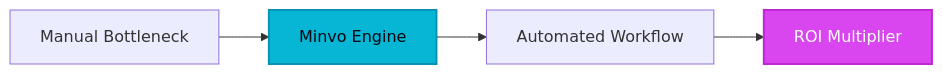
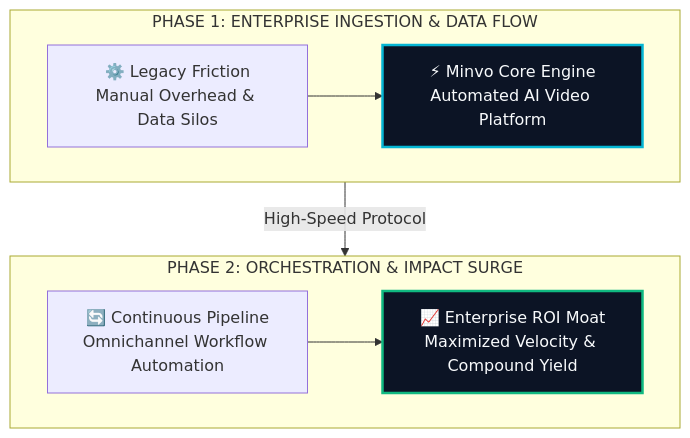
Before and after one commit to heliatech-media/saas-radar: the diagram in site/src/content/blog/minvo-evolution-guide-2026.md, drawn with Mermaid. The commit also changed 97 other files, not shown here.

First line of the commit message:
feat(diagrams): upgrade all article architecture schemas to high-impact 2-tier responsive vector blueprints

````diff
--- a/site/src/content/blog/minvo-evolution-guide-2026.md
+++ b/site/src/content/blog/minvo-evolution-guide-2026.md
@@ -64,8 +64,14 @@
 ```mermaid
-flowchart LR
-    A[Manual Bottleneck] --> B[Minvo Engine]
-    B --> C[Automated Workflow]
-    C --> D[ROI Multiplier]
-    style B fill:#06b6d4,stroke:#0891b2,stroke-width:2px,color:#030712
-    style D fill:#d946ef,stroke:#c026d3,stroke-width:2px,color:#ffffff
+flowchart TD
+    subgraph S1["PHASE 1: ENTERPRISE INGESTION & DATA FLOW"]
+        direction LR
+        A["⚙️ Legacy Friction<br/>Manual Overhead & Data Silos"] --> B["⚡ Minvo Core Engine<br/>Automated AI Video Platform"]
+    end
+    subgraph S2["PHASE 2: ORCHESTRATION & IMPACT SURGE"]
+        direction LR
+        C["🔄 Continuous Pipeline<br/>Omnichannel Workflow Automation"] --> D["📈 Enterprise ROI Moat<br/>Maximized Velocity & Compound Yield"]
+    end
+    S1 -->|High-Speed Protocol| S2
+    style B fill:#0c1425,stroke:#06b6d4,stroke-width:2.5px,color:#f8fafc
+    style D fill:#0c1425,stroke:#10b981,stroke-width:2.5px,color:#f8fafc
 ```
````
